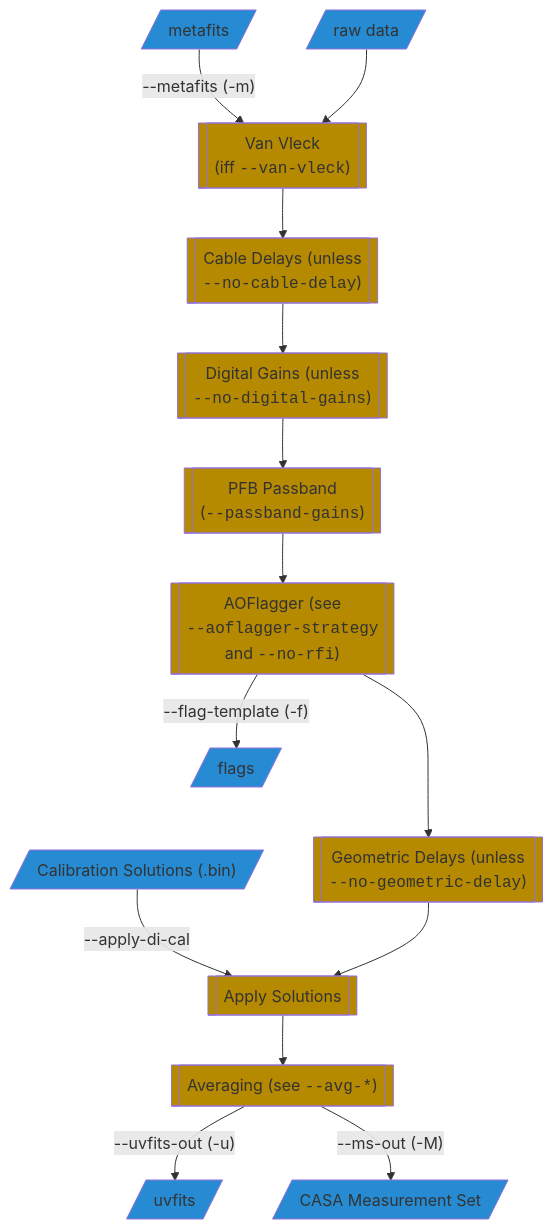
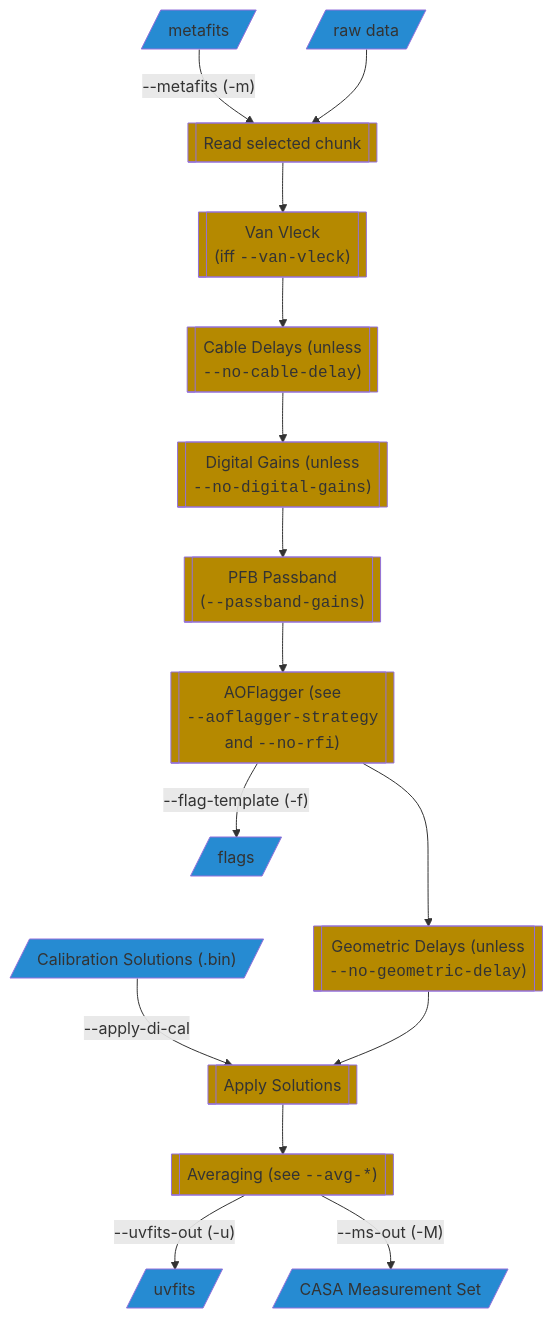
The diagram in README.md (MWATelescope/Birli), drawn with Mermaid before and after one commit. The commit also changed other lines of this file and 4 other files, not shown here.

````diff
--- a/README.md
+++ b/README.md
@@ -502,40 +502,41 @@
 ```mermaid
 flowchart TD;
 classDef in fill:#2aa198;
 classDef out fill:#d33682;
 classDef file fill:#268bd2;
 classDef proc fill:#b58900;
 classDef decision fill:#cb4b16;
 
 metafits[/ metafits /]; class metafits file;
 raw[/ raw data /]; class raw file;
 prepUVFits[/ uvfits /]; class prepUVFits file;
 prepMS[/ CASA Measurement Set /]; class prepMS file;
 calSols[/"Calibration Solutions (.bin)"/]; class calSols file;
 mwaf[/"flags"/]; class mwaf file;
 
+sel[["Read selected chunk"]]; class sel proc;
 vv[["Van Vleck
 (iff <code>--van-vleck</code>)"]]; class vv proc;
 cableDel[["Cable Delays (unless
 <code>--no-cable-delay</code>)"]]; class cableDel proc;
 digGains[["Digital Gains (unless
 <code>--no-digital-gains</code>)"]]; class digGains proc;
 PFB[["PFB Passband
 (<code>--passband-gains</code>)"]]; class PFB proc;
 AOFlag[["AOFlagger (see
 <code>--aoflagger-strategy</code>
 and <code>--no-rfi</code>)"]]; class AOFlag proc;
 applyCal[[ Apply Solutions ]]; class applyCal proc;
 geometric[["Geometric Delays (unless
 <code>--no-geometric-delay</code>)"]]; class geometric proc;
 avg[["Averaging (see <code>--avg-*</code>)"]]; class avg proc;
 
-metafits -->|"--metafits (-m)"| vv
-raw --> vv
-vv --> cableDel --> digGains --> PFB --> AOFlag ---> geometric
+metafits -->|"--metafits (-m)"| sel
+raw --> sel
+sel --> vv --> cableDel --> digGains --> PFB --> AOFlag ---> geometric
 AOFlag -->|"--flag-template (-f)"| mwaf
 calSols -->|"--apply-di-cal"| applyCal
 geometric --> applyCal --> avg
 avg -->|"--uvfits-out (-u)"| prepUVFits
 avg -->|"--ms-out (-M)"| prepMS
 ```
````
